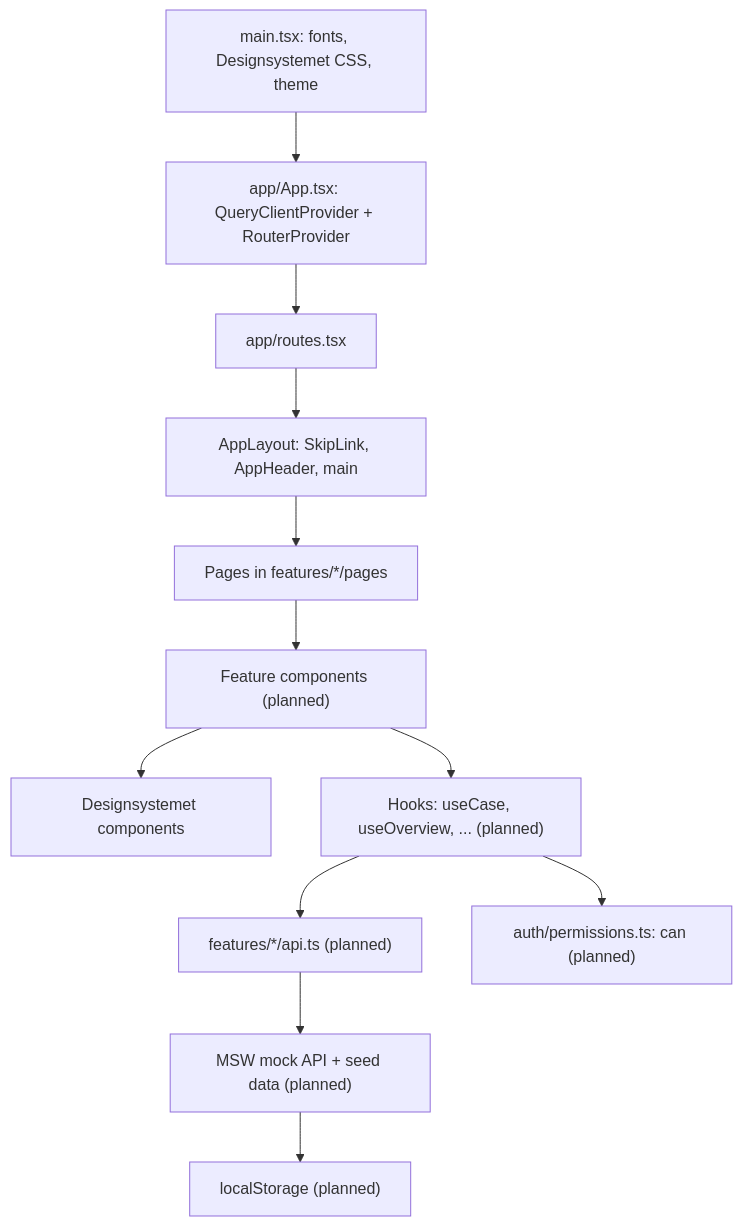
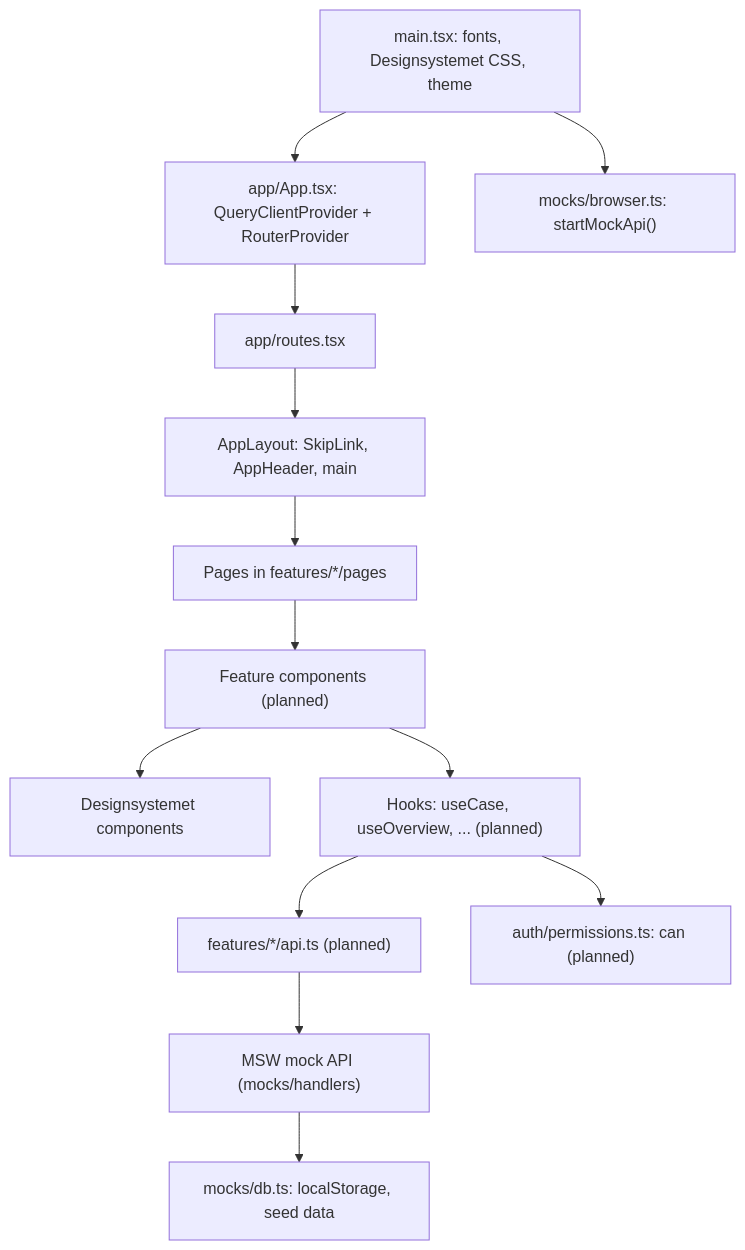
Before and after one commit to TLS97/tines-case-management-system: the first of 2 diagrams in docs/architecture.md, drawn with Mermaid. The commit also changed other lines of this file and 33 other files, not shown here.

First line of the commit message:
feat(mocks): mock API with localStorage, seed users and Reset mock data (T0.5) (#6)

````diff
--- a/docs/architecture.md
+++ b/docs/architecture.md
@@ -6,14 +6,15 @@
 ```mermaid
 flowchart TD
   Main[main.tsx: fonts, Designsystemet CSS, theme] --> App[app/App.tsx: QueryClientProvider + RouterProvider]
   App --> Routes[app/routes.tsx]
   Routes --> Layout[AppLayout: SkipLink, AppHeader, main]
   Layout --> Pages[Pages in features/*/pages]
   Pages --> Components["Feature components (planned)"]
   Components --> DS[Designsystemet components]
   Components --> Hooks["Hooks: useCase, useOverview, ... (planned)"]
   Hooks --> Api["features/*/api.ts (planned)"]
-  Api --> Mock["MSW mock API + seed data (planned)"]
-  Mock --> Store["localStorage (planned)"]
+  Api --> Mock["MSW mock API (mocks/handlers)"]
+  Mock --> Store["mocks/db.ts: localStorage, seed data"]
+  Main --> Worker["mocks/browser.ts: startMockApi()"]
   Hooks --> Perm["auth/permissions.ts: can (planned)"]
 ```
````
